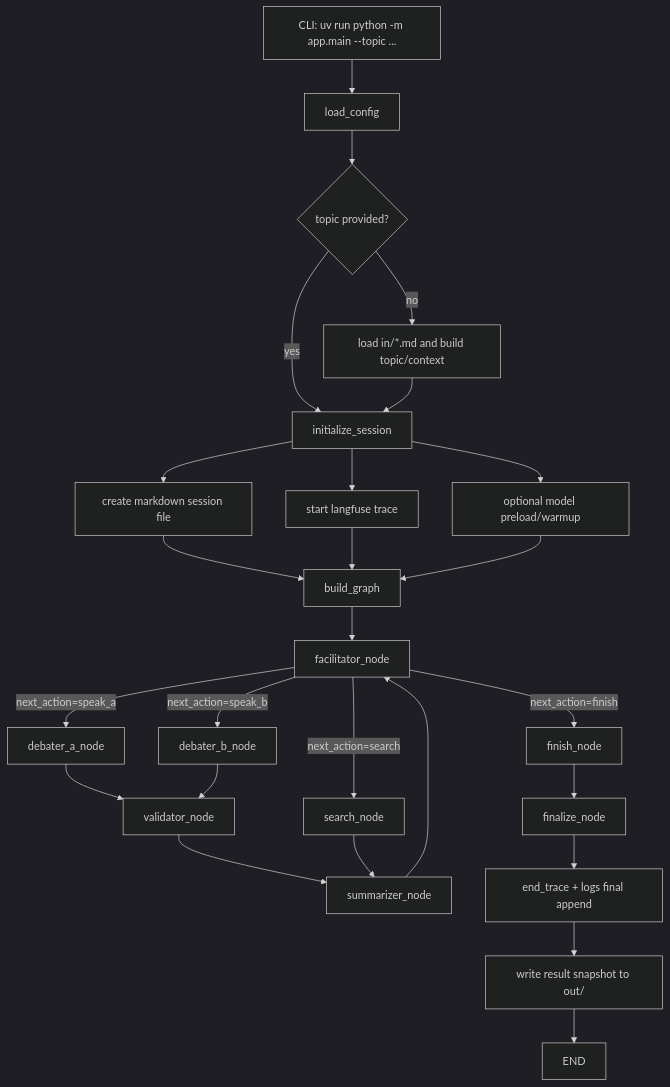
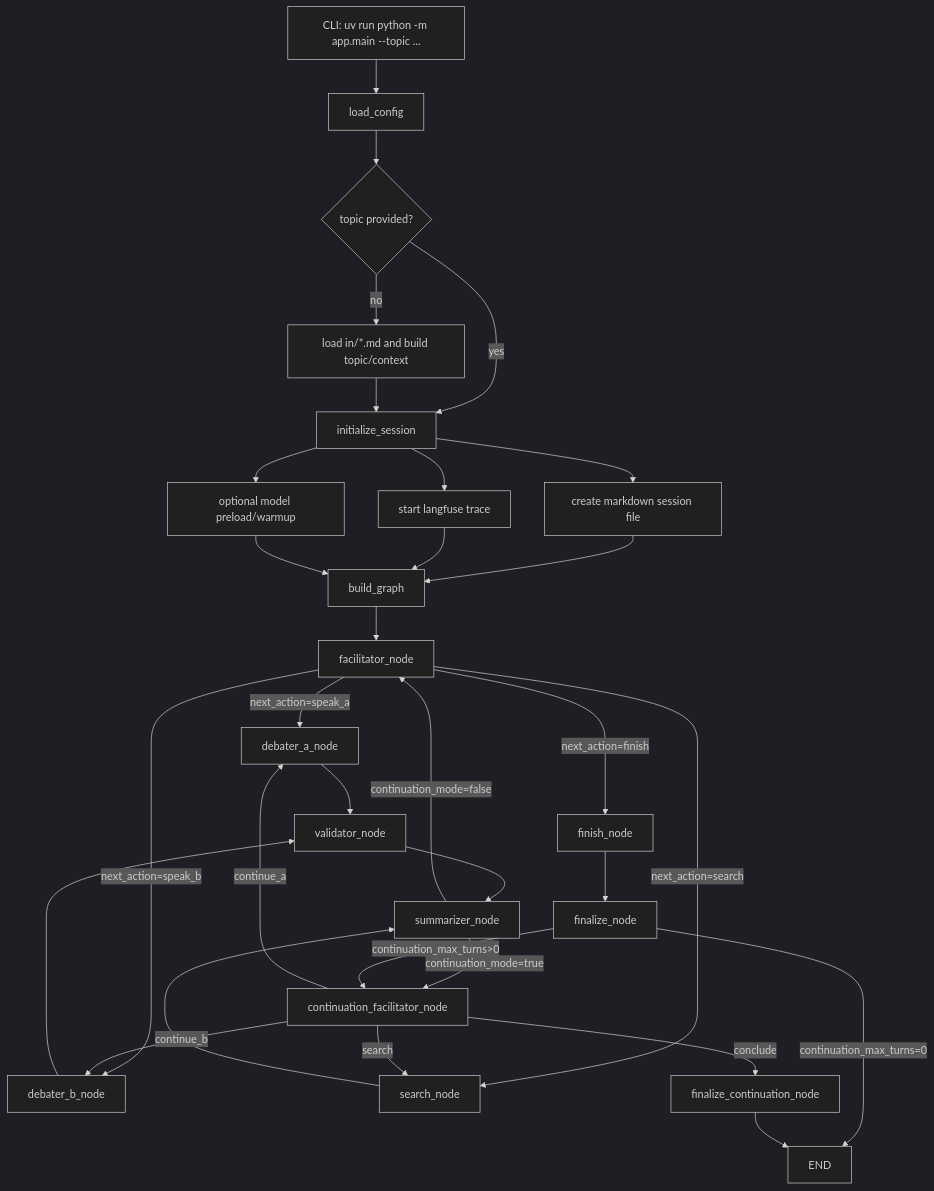
One commit to Mr-Kondo/agentic_debating_llms changed the diagram in docs/repository_flow.md. Above: the diagram before and after it, drawn with Mermaid (dark theme). The commit also changed 18 other files, not shown here.

First line of the commit message:
git commit -m "feat: implement post-conclusion continuation mode

````diff
--- a/docs/repository_flow.md
+++ b/docs/repository_flow.md
@@ -18,31 +18,37 @@
 ```mermaid
 flowchart TD
     A[CLI: uv run python -m app.main --topic ...] --> B[load_config]
     B --> B2{topic provided?}
     B2 -->|yes| C[initialize_session]
     B2 -->|no| BI[load in/*.md and build topic/context]
     BI --> C
     C --> D[create markdown session file]
     C --> E[start langfuse trace]
     C --> F[optional model preload/warmup]
     D --> G[build_graph]
     E --> G
     F --> G
 
     G --> H[facilitator_node]
     H -->|next_action=speak_a| I[debater_a_node]
     H -->|next_action=speak_b| J[debater_b_node]
     H -->|next_action=search| K[search_node]
     H -->|next_action=finish| L[finish_node]
 
     I --> V[validator_node]
     J --> V
     V --> M[summarizer_node]
     K --> M
-    M --> H
+    M -->|continuation_mode=false| H
+    M -->|continuation_mode=true| CF[continuation_facilitator_node]
 
     L --> N[finalize_node]
-    N --> O[end_trace + logs final append]
-    O --> O2[write result snapshot to out/]
-    O2 --> P[END]
+    N -->|continuation_max_turns=0| P[END]
+    N -->|continuation_max_turns>0| CF
+
+    CF -->|continue_a| I
+    CF -->|continue_b| J
+    CF -->|search| K
+    CF -->|conclude| FC[finalize_continuation_node]
+    FC --> P
 ```
````
